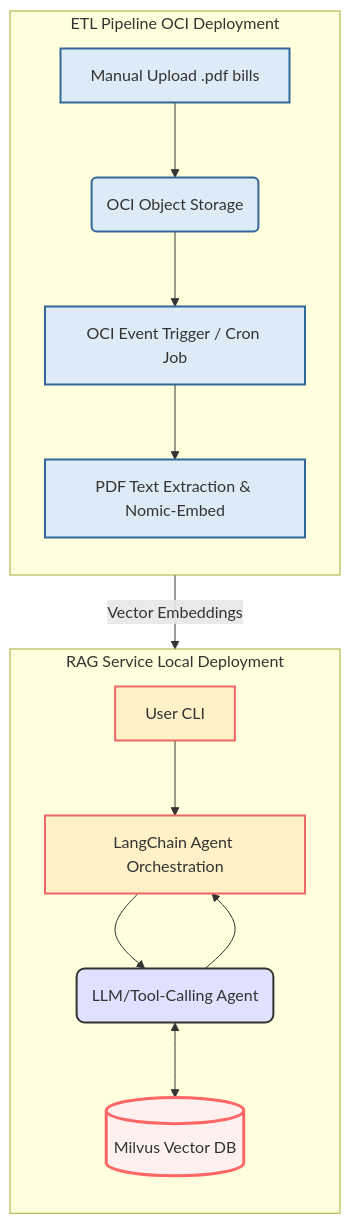
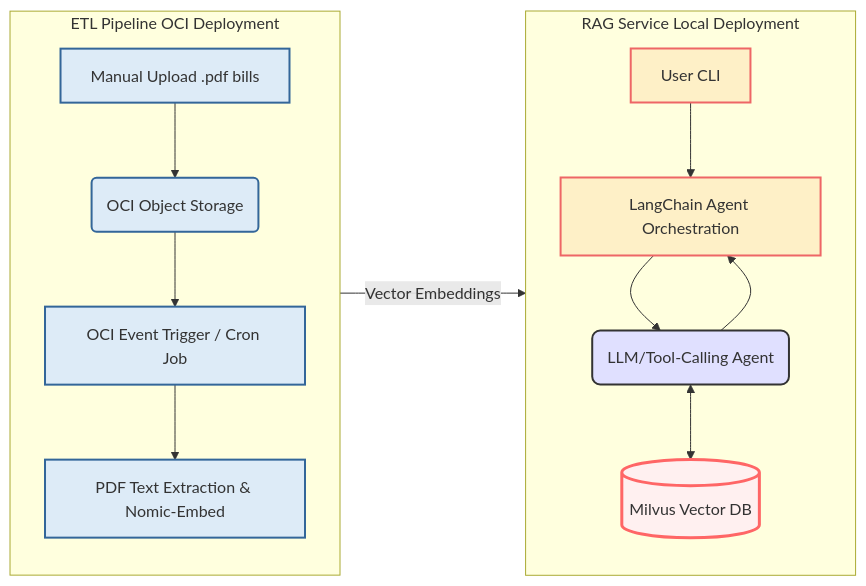
The diagram in README.md (Alvan-Dmello/Intelligent-Utility-Bill-RAG), drawn with Mermaid before and after one commit.

````diff
--- a/README.md
+++ b/README.md
@@ -29,40 +29,40 @@
 ```mermaid
-graph TD
+graph LR
 classDef etl fill:#DDEBF7,stroke:#369,stroke-width:2px;
 classDef rag fill:#FEF0C7,stroke:#E66,stroke-width:2px;
 classDef db fill:#FCE9E9,stroke:#F00,stroke-width:3px;
 classDef interface fill:#E6FFED,stroke:#0A0;
 
 subgraph ETL Pipeline OCI Deployment
 direction TD
 A[Manual Upload .pdf bills]:::interface
 B(OCI Object Storage)
 C[OCI Event Trigger / Cron Job]
 D[PDF Text Extraction & Nomic-Embed]
 
 A --> B --> C --> D;
 class A,B,C,D etl
 end
 
 subgraph RAG Service Local Deployment
 direction TD
 F[User CLI]:::interface
 I[LangChain Agent Orchestration]
 H(LLM/Tool-Calling Agent)
 E[(Milvus Vector DB)]:::db
 
 F --> I;
 I --> H;
 H <--> E;
 H --> I;
 
 class F,I,H rag
 end
 
 %% Link the two subgraphs
 D -- Vector Embeddings --> E;
 
 %% Explicitly style the DB and Agent for emphasis (optional, can be removed if classes are enough)
 style H fill:#E0E0FF,stroke:#333,stroke-width:2px,rx:8px,ry:8px
 style E fill:#FFF0F0,stroke:#F66,stroke-width:3px
 ```
````
